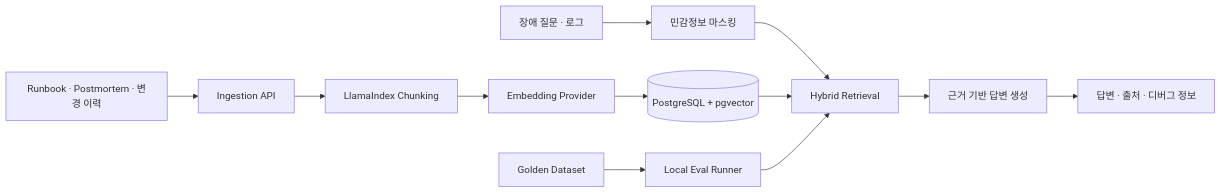
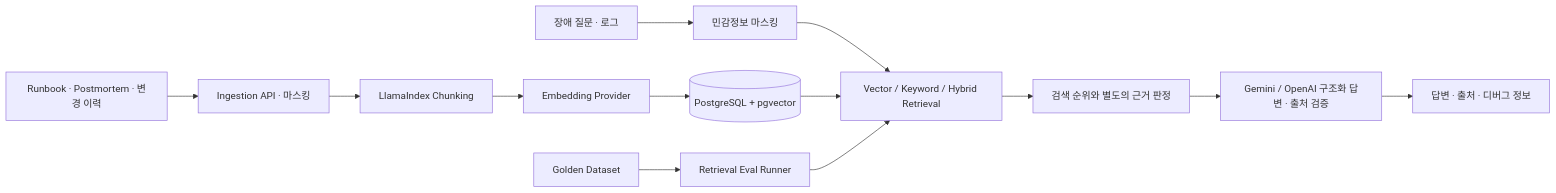
Before and after one commit to 100bee/lawg: the diagram in docs/architecture.md, drawn with Mermaid. The commit also changed other lines of this file and 41 other files, not shown here.

First line of the commit message:
feat: add Gemini RAG pipeline and reproducible retrieval evaluation

````diff
--- a/docs/architecture.md
+++ b/docs/architecture.md
@@ -3,16 +3,17 @@
 ```mermaid
 flowchart LR
-    D["Runbook · Postmortem · 변경 이력"] --> I["Ingestion API"]
+    D["Runbook · Postmortem · 변경 이력"] --> I["Ingestion API · 마스킹"]
     I --> C["LlamaIndex Chunking"]
     C --> E["Embedding Provider"]
     E --> P[("PostgreSQL + pgvector")]
 
     U["장애 질문 · 로그"] --> M["민감정보 마스킹"]
-    M --> R["Hybrid Retrieval"]
+    M --> R["Vector / Keyword / Hybrid Retrieval"]
     P --> R
-    R --> G["근거 기반 답변 생성"]
+    R --> K["검색 순위와 별도의 근거 판정"]
+    K --> G["Gemini / OpenAI 구조화 답변 · 출처 검증"]
     G --> W["답변 · 출처 · 디버그 정보"]
 
-    Q["Golden Dataset"] --> V["Local Eval Runner"]
+    Q["Golden Dataset"] --> V["Retrieval Eval Runner"]
     V --> R
 ```
````
